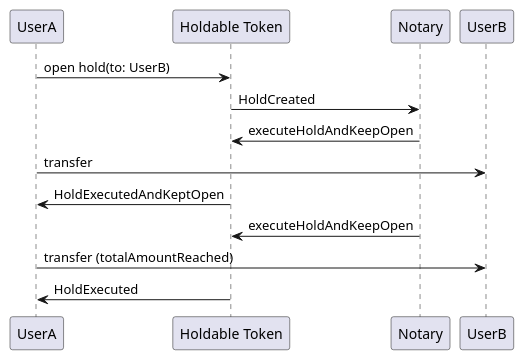
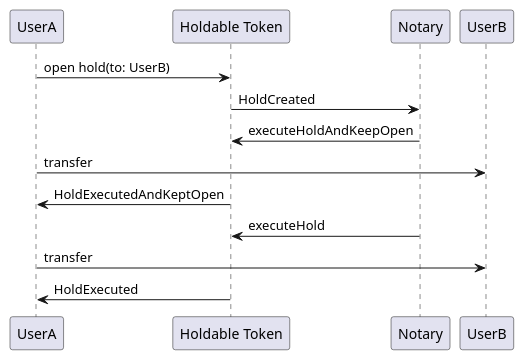
The diagram in diagrams/iterative_open_hold_execution.puml (IoBuilders/holdable-token), drawn with PlantUML before and after one commit. The commit also changed 1 other file, not shown here.

```diff
--- a/diagrams/iterative_open_hold_execution.puml
+++ b/diagrams/iterative_open_hold_execution.puml
@@ -1,10 +1,10 @@
 @startuml
 UserA -> "Holdable Token": open hold(to: UserB)
 "Holdable Token" -> Notary: HoldCreated
 Notary-> "Holdable Token" : executeHoldAndKeepOpen
 UserA -> UserB: transfer
 "Holdable Token" -> UserA: HoldExecutedAndKeptOpen
-Notary-> "Holdable Token" : executeHoldAndKeepOpen
-UserA -> UserB: transfer (totalAmountReached)
+Notary-> "Holdable Token" : executeHold
+UserA -> UserB: transfer
 "Holdable Token" -> UserA: HoldExecuted
 @enduml
```
